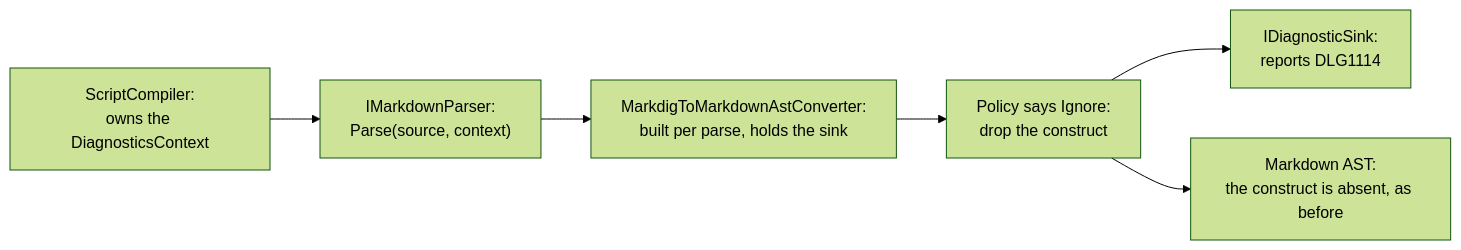
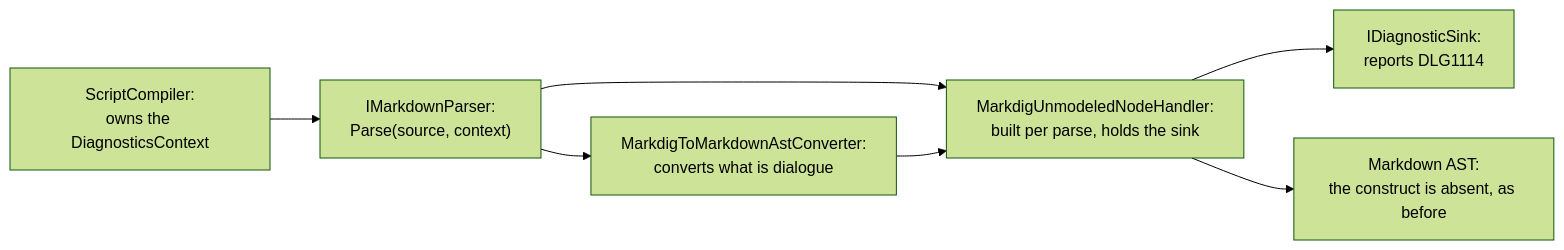
The diagram in docs/contributing/design-notes/Dropped Markdown Diagnostic.md (pengzhengyi/dialoguedown), drawn with Mermaid (forest theme) before and after one commit. The commit also changed other lines of this file and 1 other file, not shown here.

First line of the commit message:
docs(dropped-markdown): reconcile the note with the shipped code

````diff
--- a/docs/contributing/design-notes/Dropped Markdown Diagnostic.md
+++ b/docs/contributing/design-notes/Dropped Markdown Diagnostic.md
@@ -126,8 +138,9 @@
 ```mermaid
 flowchart LR
     C["ScriptCompiler:<br/>owns the DiagnosticsContext"] --> P["IMarkdownParser:<br/>Parse(source, context)"]
-    P --> V["MarkdigToMarkdownAstConverter:<br/>built per parse, holds the sink"]
-    V --> D["Policy says Ignore:<br/>drop the construct"]
-    D --> S["IDiagnosticSink:<br/>reports DLG1114"]
-    D --> A["Markdown AST:<br/>the construct is absent, as before"]
+    P --> H["MarkdigUnmodeledNodeHandler:<br/>built per parse, holds the sink"]
+    P --> V["MarkdigToMarkdownAstConverter:<br/>converts what is dialogue"]
+    V --> H
+    H --> S["IDiagnosticSink:<br/>reports DLG1114"]
+    H --> A["Markdown AST:<br/>the construct is absent, as before"]
 ```
````
